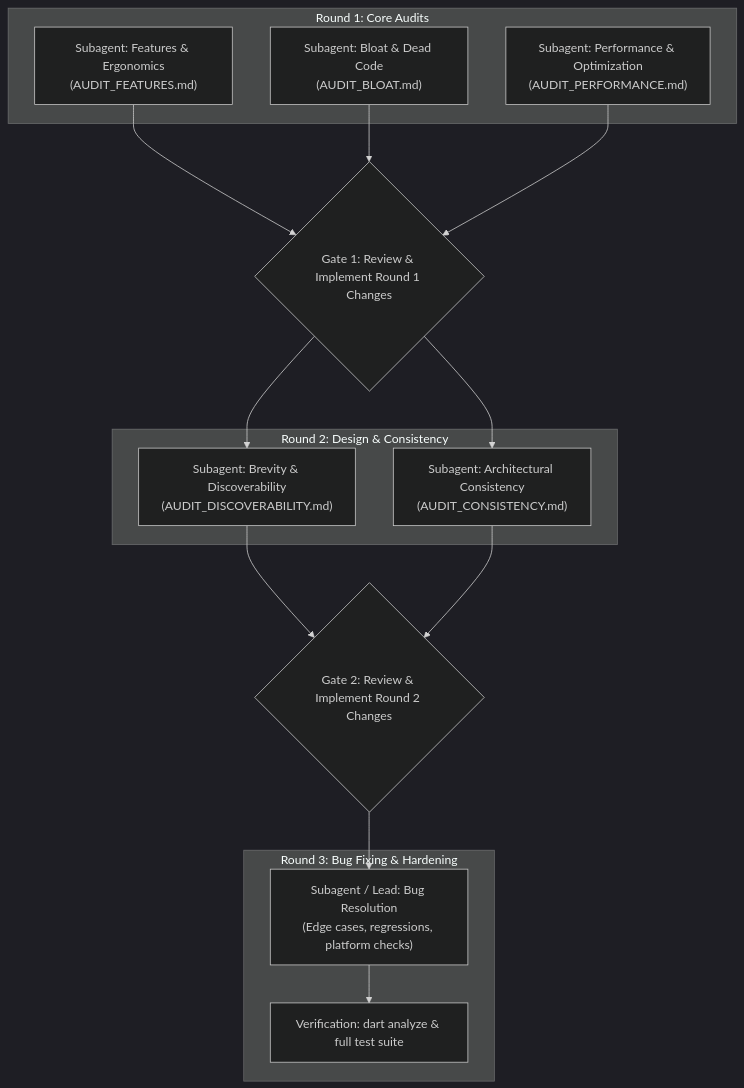
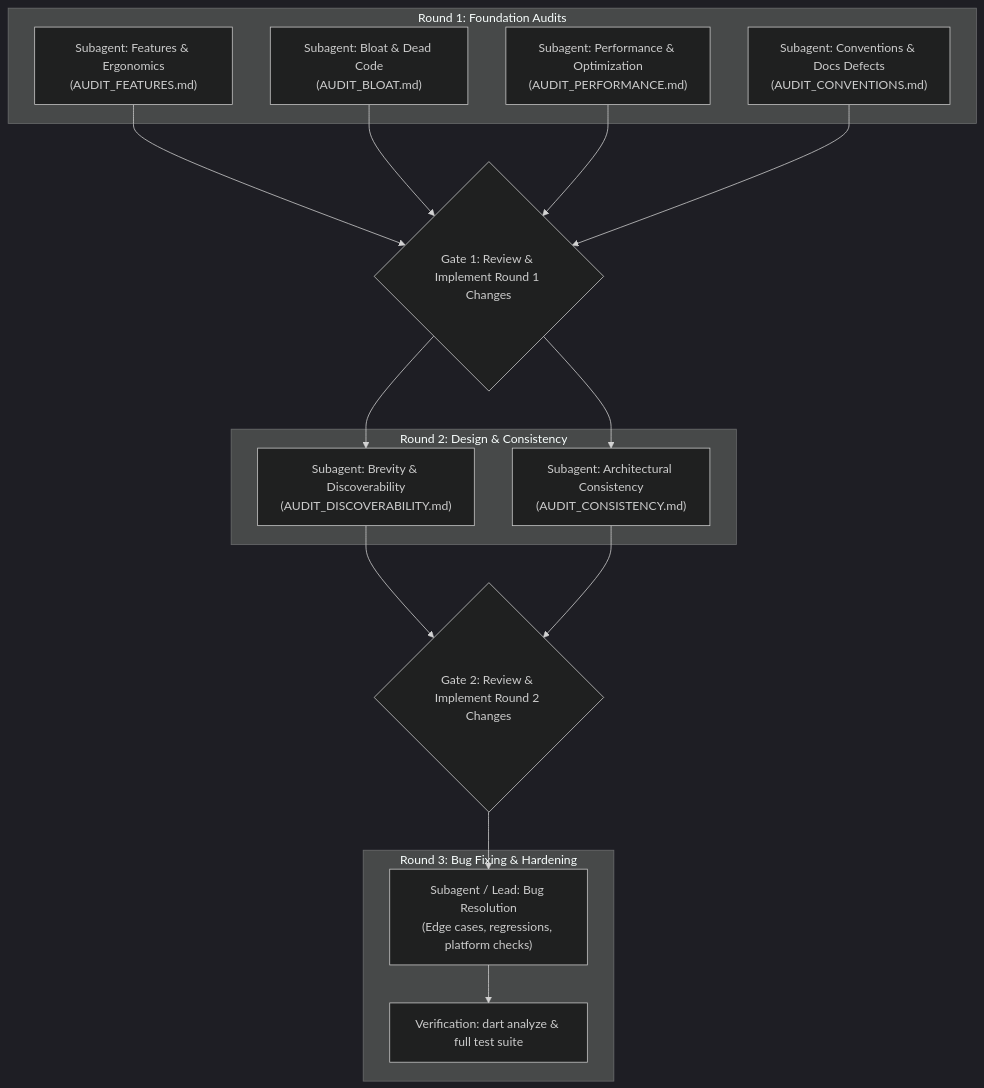
One commit to feiluvnana/dart-toolkit changed the diagram in WORKFLOW.md. Above: the diagram before and after it, drawn with Mermaid (dark theme). The commit also changed other lines of this file, not shown here.

Commit message:
docs: include conventions and documentation defect audit in Round 1 workflow

````diff
--- a/WORKFLOW.md
+++ b/WORKFLOW.md
@@ -9,32 +9,34 @@
 ```mermaid
 flowchart TD
-    subgraph Round 1: Core Audits
+    subgraph Round 1: Foundation Audits
         A1["Subagent: Features & Ergonomics\n(AUDIT_FEATURES.md)"]
         A2["Subagent: Bloat & Dead Code\n(AUDIT_BLOAT.md)"]
         A3["Subagent: Performance & Optimization\n(AUDIT_PERFORMANCE.md)"]
+        A4["Subagent: Conventions & Docs Defects\n(AUDIT_CONVENTIONS.md)"]
     end
 
     G1{"Gate 1: Review & Implement Round 1 Changes"}
 
     subgraph Round 2: Design & Consistency
         B1["Subagent: Brevity & Discoverability\n(AUDIT_DISCOVERABILITY.md)"]
         B2["Subagent: Architectural Consistency\n(AUDIT_CONSISTENCY.md)"]
     end
 
     G2{"Gate 2: Review & Implement Round 2 Changes"}
 
     subgraph Round 3: Bug Fixing & Hardening
         C1["Subagent / Lead: Bug Resolution\n(Edge cases, regressions, platform checks)"]
         C2["Verification: dart analyze & full test suite"]
     end
 
     A1 --> G1
     A2 --> G1
     A3 --> G1
+    A4 --> G1
     G1 --> B1
     G1 --> B2
     B1 --> G2
     B2 --> G2
     G2 --> C1
     C1 --> C2
 ```
````
